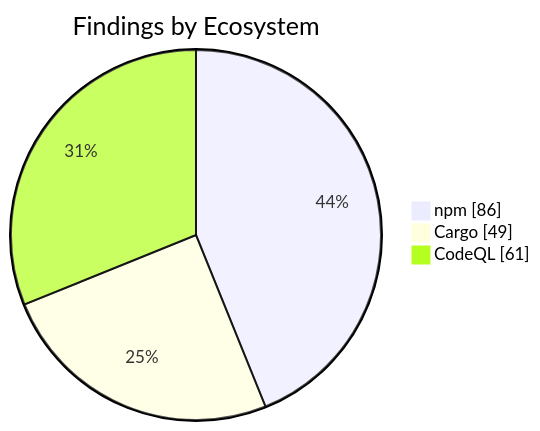
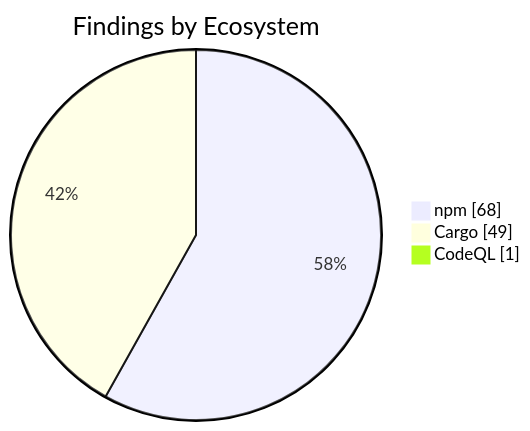
One commit to KBVE/kbve changed the second of 2 diagrams in apps/kbve/astro-kbve/src/content/docs/dashboard/security.mdx. Above: the diagram before and after it, drawn with Mermaid. The commit also changed other lines of this file and 8 other files, not shown here.

````diff
--- a/apps/kbve/astro-kbve/src/content/docs/dashboard/security.mdx
+++ b/apps/kbve/astro-kbve/src/content/docs/dashboard/security.mdx
@@ -73,7 +73,7 @@
 ```mermaid
 pie showData
     title Findings by Ecosystem
-    "npm" : 86
+    "npm" : 68
     "Cargo" : 49
-    "CodeQL" : 61
+    "CodeQL" : 1
 ```
````
